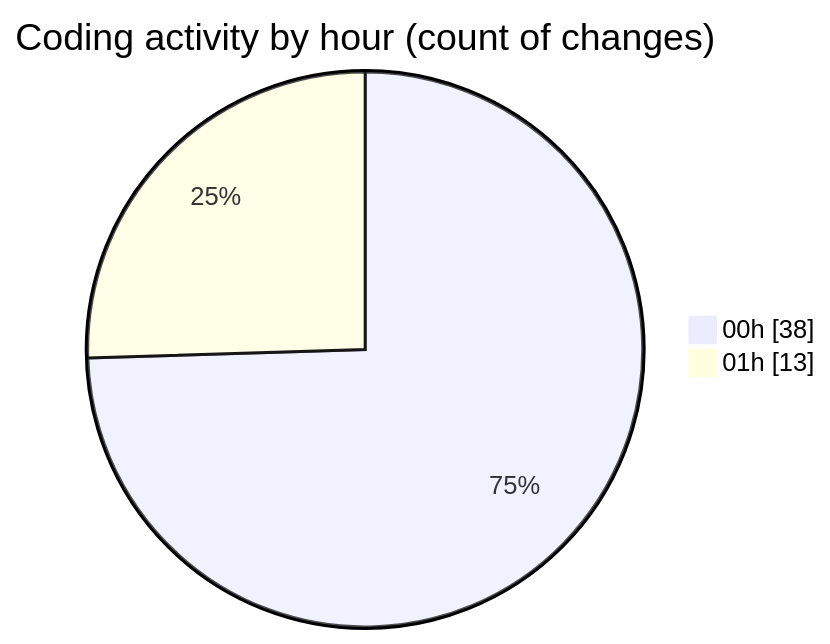
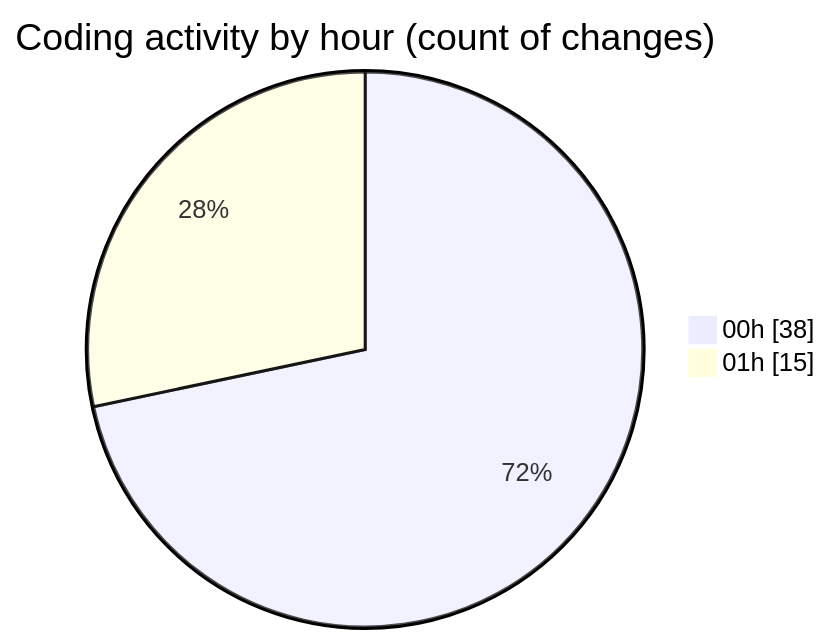
The second of 2 diagrams in 2025-03-08/uber_clone/README.md (donsfak/code-tracking), drawn with Mermaid before and after one commit. The commit also changed other lines of this file and 1 other file, not shown here.

````diff
--- a/2025-03-08/uber_clone/README.md
+++ b/2025-03-08/uber_clone/README.md
@@ -31,6 +31,6 @@
 ```mermaid
 pie showData
 title Coding activity by hour (count of changes)
 "00h" : 38
-"01h" : 13
+"01h" : 15
 ```
````
